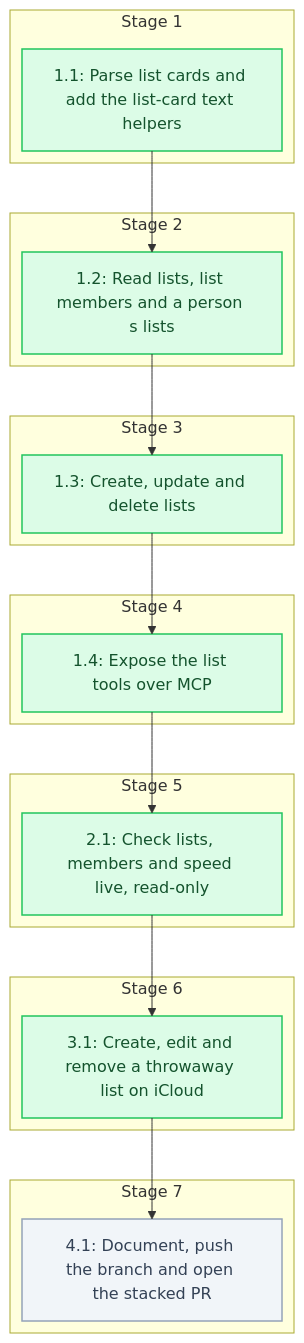
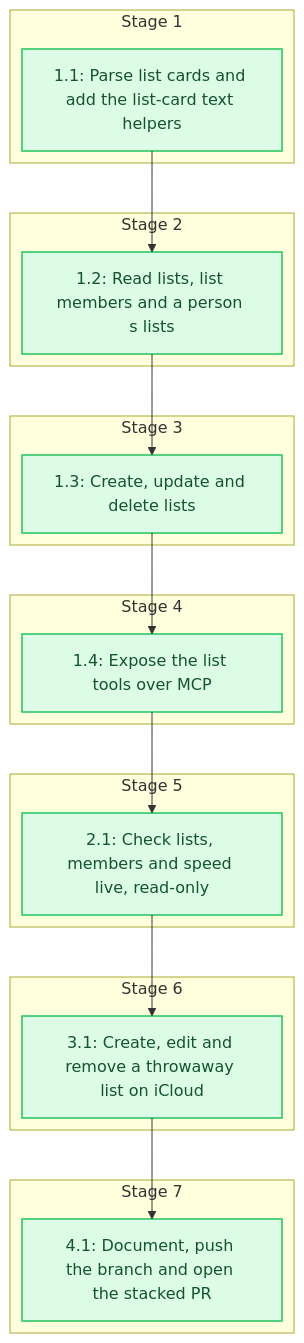
One commit to sohampatwardhan/icloud-mcp changed the diagram in .specs/contacts-lists/04_tasks.md. Above: the diagram before and after it, drawn with Mermaid. The commit also changed other lines of this file and 5 other files, not shown here.

````diff
--- a/.specs/contacts-lists/04_tasks.md
+++ b/.specs/contacts-lists/04_tasks.md
@@ -9,40 +9,39 @@
 ```mermaid
 %%{init: {'flowchart': {'defaultRenderer': 'elk'}}}%%
 flowchart TD
   classDef done fill:#dcfce7,stroke:#22c55e,stroke-width:1.5px,color:#14532d
-  classDef pending fill:#f1f5f9,stroke:#94a3b8,stroke-width:1.5px,color:#334155
   subgraph n_stage_1["Stage 1"]
     n_1_1@{ shape: rect, label: "1.1: Parse list cards and add the list-card text helpers" }
   end
   subgraph n_stage_2["Stage 2"]
     n_1_2@{ shape: rect, label: "1.2: Read lists, list members and a person s lists" }
   end
   subgraph n_stage_3["Stage 3"]
     n_1_3@{ shape: rect, label: "1.3: Create, update and delete lists" }
   end
   subgraph n_stage_4["Stage 4"]
     n_1_4@{ shape: rect, label: "1.4: Expose the list tools over MCP" }
   end
   subgraph n_stage_5["Stage 5"]
     n_2_1@{ shape: rect, label: "2.1: Check lists, members and speed live, read-only" }
   end
   subgraph n_stage_6["Stage 6"]
     n_3_1@{ shape: rect, label: "3.1: Create, edit and remove a throwaway list on iCloud" }
   end
   subgraph n_stage_7["Stage 7"]
     n_4_1@{ shape: rect, label: "4.1: Document, push the branch and open the stacked PR" }
   end
   n_1_1 --> n_1_2
   n_1_2 --> n_1_3
   n_1_3 --> n_1_4
   n_1_4 --> n_2_1
   n_2_1 --> n_3_1
   n_3_1 --> n_4_1
   class n_1_1 done
   class n_1_2 done
   class n_1_3 done
   class n_1_4 done
   class n_2_1 done
   class n_3_1 done
-  class n_4_1 pending
+  class n_4_1 done
 ```
````
